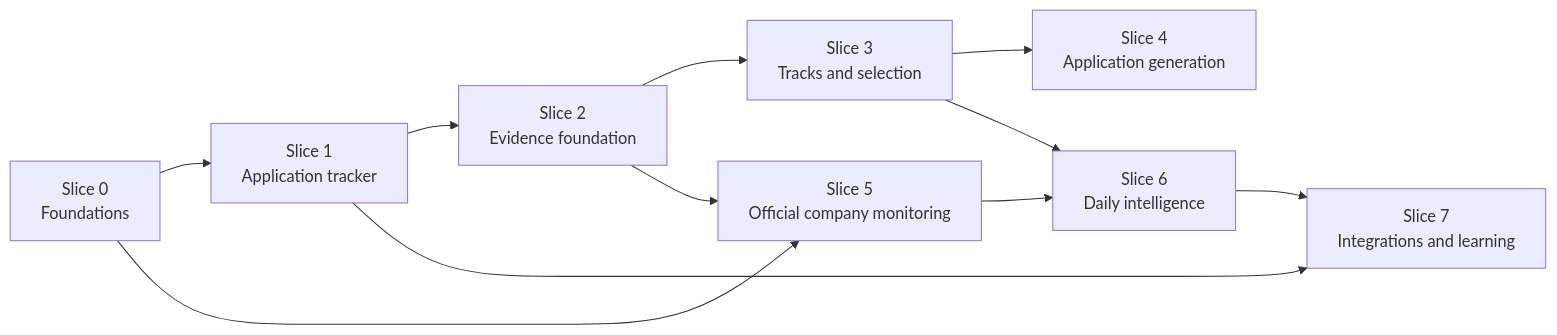
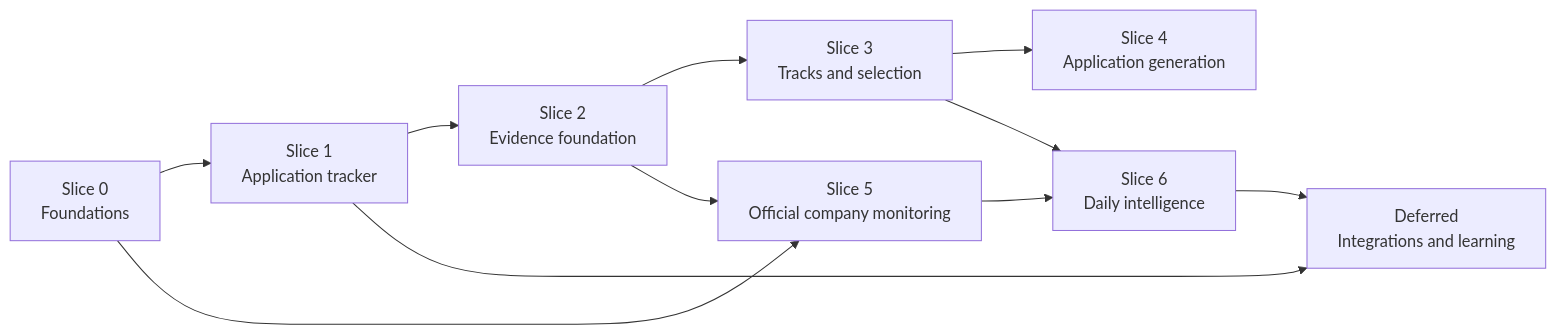
The diagram in docs/implementation-plan.md (xzhnshng/ai-job-search), drawn with Mermaid before and after one commit. The commit also changed other lines of this file and 22 other files, not shown here.

````diff
--- a/docs/implementation-plan.md
+++ b/docs/implementation-plan.md
@@ -79,13 +88,13 @@
 ```mermaid
 flowchart LR
     S0["Slice 0<br/>Foundations"] --> S1["Slice 1<br/>Application tracker"]
     S1 --> S2["Slice 2<br/>Evidence foundation"]
     S2 --> S3["Slice 3<br/>Tracks and selection"]
     S3 --> S4["Slice 4<br/>Application generation"]
     S0 --> S5["Slice 5<br/>Official company monitoring"]
     S2 --> S5
     S3 --> S6["Slice 6<br/>Daily intelligence"]
     S5 --> S6
-    S1 --> S7["Slice 7<br/>Integrations and learning"]
+    S1 --> S7["Deferred<br/>Integrations and learning"]
     S6 --> S7
 ```
````
